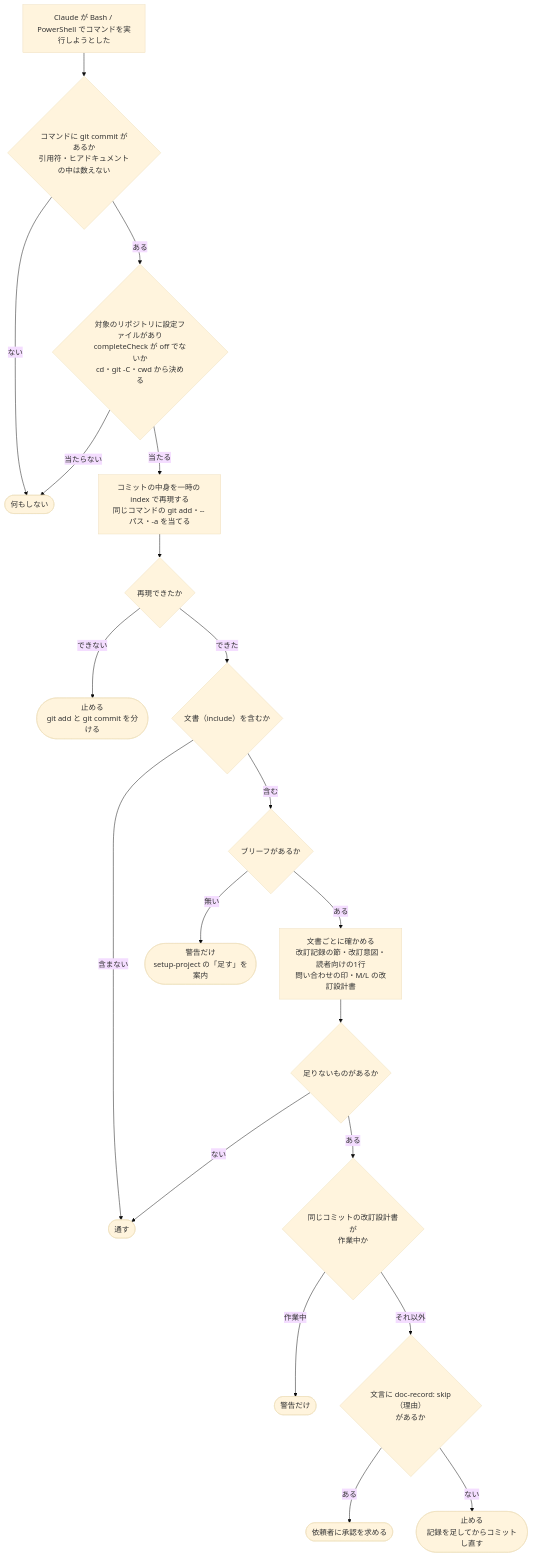
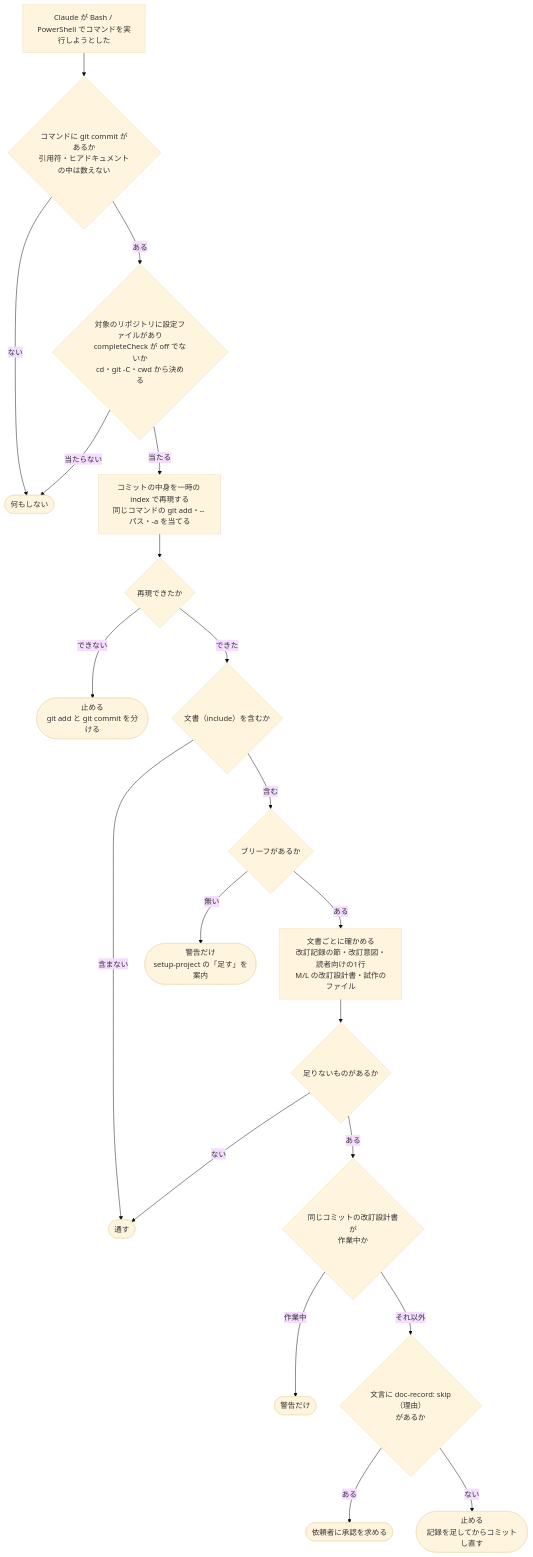
The second of 2 diagrams in docs/diagrams/04_フック検査の流れ図.md (mizuta0711/claude-doc-harness), drawn with Mermaid (base theme) before and after one commit. The commit also changed other lines of this file and 11 other files, not shown here.

````diff
--- a/docs/diagrams/04_フック検査の流れ図.md
+++ b/docs/diagrams/04_フック検査の流れ図.md
@@ -74,39 +74,39 @@
 ```mermaid
 flowchart TD
     B["Claude が Bash / PowerShell でコマンドを実行しようとした"]
     G{"コマンドに git commit があるか<br/>引用符・ヒアドキュメントの中は数えない"}
     P{"対象のリポジトリに設定ファイルがあり<br/>completeCheck が off でないか<br/>cd・git -C・cwd から決める"}
     PASS(["何もしない"])
     IDX["コミットの中身を一時の index で再現する<br/>同じコマンドの git add・-- パス・-a を当てる"]
     U{"再現できたか"}
     DENY1(["止める<br/>git add と git commit を分ける"])
     DOCS{"文書（include）を含むか"}
     BR{"ブリーフがあるか"}
     WARN1(["警告だけ<br/>setup-project の「足す」を案内"])
-    CHK["文書ごとに確かめる<br/>改訂記録の節・改訂意図・読者向けの1行<br/>問い合わせの印・M/L の改訂設計書"]
+    CHK["文書ごとに確かめる<br/>改訂記録の節・改訂意図・読者向けの1行<br/>M/L の改訂設計書・試作のファイル"]
     R{"足りないものがあるか"}
     PLAN{"同じコミットの改訂設計書が<br/>作業中か"}
     SKIP{"文言に doc-record: skip（理由）<br/>があるか"}
     OK(["通す"])
     WARN2(["警告だけ"])
     ASK(["依頼者に承認を求める"])
     DENY2(["止める<br/>記録を足してからコミットし直す"])
 
     B --> G
     G -- ない --> PASS
     G -- ある --> P
     P -- 当たらない --> PASS
     P -- 当たる --> IDX --> U
     U -- できない --> DENY1
     U -- できた --> DOCS
     DOCS -- 含まない --> OK
     DOCS -- 含む --> BR
     BR -- 無い --> WARN1
     BR -- ある --> CHK --> R
     R -- ない --> OK
     R -- ある --> PLAN
     PLAN -- 作業中 --> WARN2
     PLAN -- それ以外 --> SKIP
     SKIP -- ある --> ASK
     SKIP -- ない --> DENY2
 ```
````
